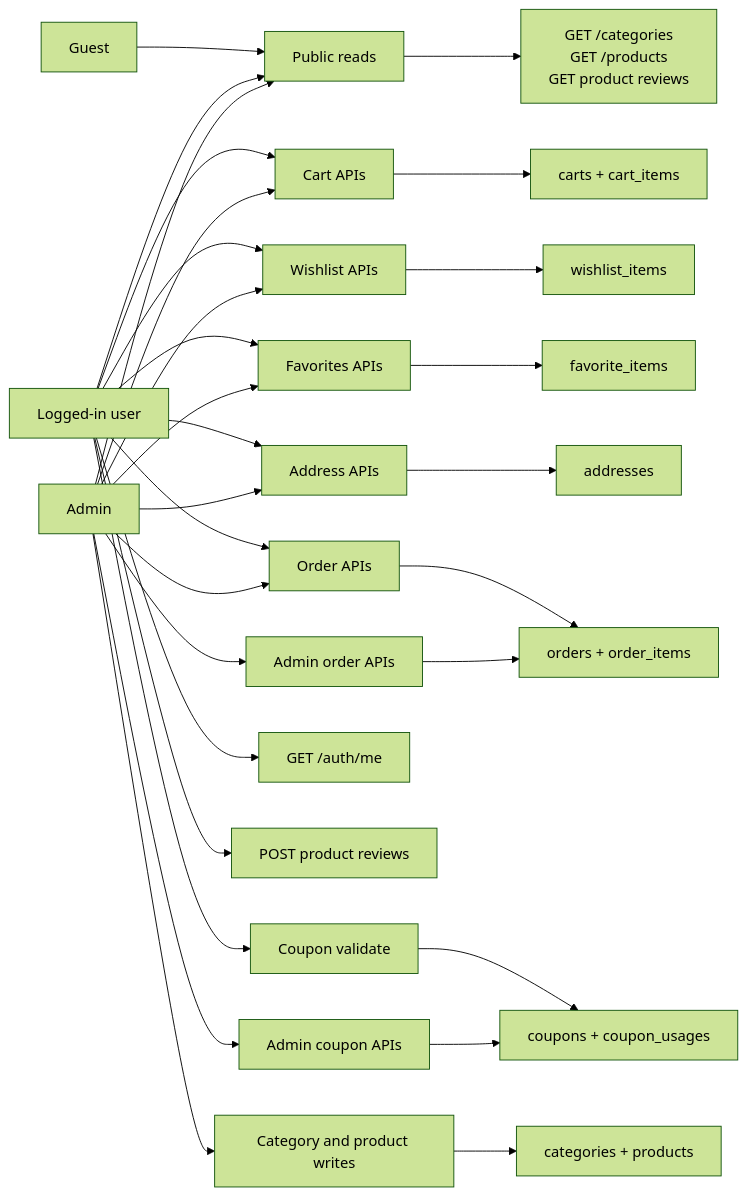
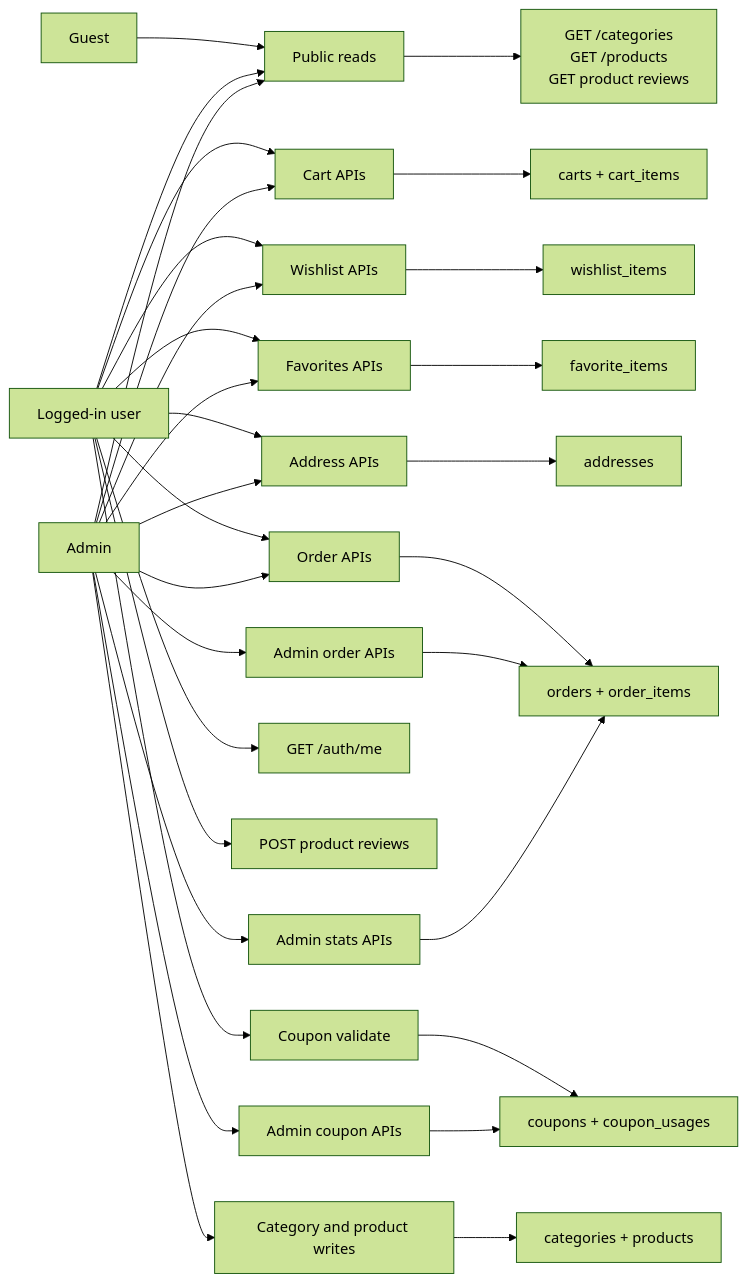
The sixth of 6 diagrams in README.md (mahdi-code007/ecommerce-api-typescript), drawn with Mermaid (forest theme) before and after one commit. The commit also changed other lines of this file and 14 other files, not shown here.

Commit message:
feat: add admin stats overview and admin product list

````diff
--- a/README.md
+++ b/README.md
@@ -759,33 +786,35 @@
 ```mermaid
 flowchart LR
   Guest["Guest"] --> Public["Public reads"]
   User["Logged-in user"] --> Public
   User --> CartAPI["Cart APIs"]
   User --> WishlistAPI["Wishlist APIs"]
   User --> FavoritesAPI["Favorites APIs"]
   User --> AddressAPI["Address APIs"]
   User --> OrderAPI["Order APIs"]
   User --> CouponAPI["Coupon validate"]
   User --> Me["GET /auth/me"]
   User --> Reviews["POST product reviews"]
   Admin["Admin"] --> Public
   Admin --> CartAPI
   Admin --> WishlistAPI
   Admin --> FavoritesAPI
   Admin --> AddressAPI
   Admin --> OrderAPI
   Admin --> AdminOrders["Admin order APIs"]
   Admin --> AdminCoupons["Admin coupon APIs"]
+  Admin --> AdminStats["Admin stats APIs"]
   Admin --> Writes["Category and product writes"]
 
   Public --> Catalog["GET /categories<br/>GET /products<br/>GET product reviews"]
   CartAPI --> CartTables["carts + cart_items"]
   WishlistAPI --> WishlistTable["wishlist_items"]
   FavoritesAPI --> FavoritesTable["favorite_items"]
   AddressAPI --> AddressTable["addresses"]
   OrderAPI --> OrderTables["orders + order_items"]
   CouponAPI --> CouponTables["coupons + coupon_usages"]
   AdminCoupons --> CouponTables
   AdminOrders --> OrderTables
+  AdminStats --> OrderTables
   Writes --> CatalogTables["categories + products"]
 ```
````
